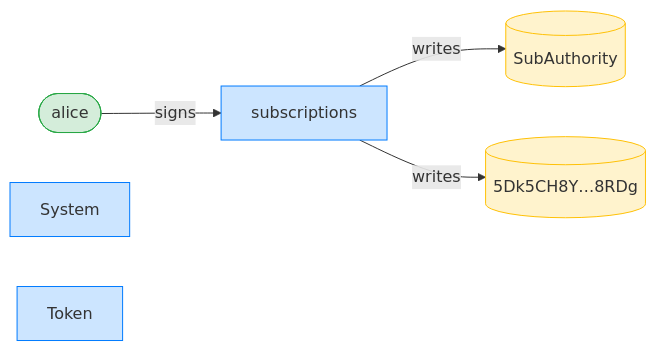
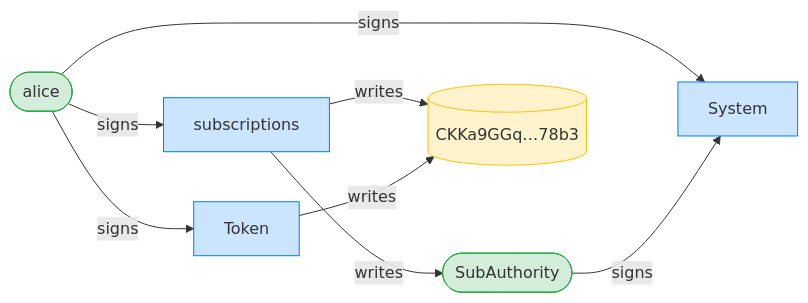
The third of 12 diagrams in dsl_tests/transfer-subscription--an-authorized-puller-pulls.md (cds-rs/subscriptions), drawn with Mermaid before and after one commit. The commit also changed other lines of this file and 224 other files, not shown here.

````diff
--- a/dsl_tests/transfer-subscription--an-authorized-puller-pulls.md
+++ b/dsl_tests/transfer-subscription--an-authorized-puller-pulls.md
@@ -55,15 +56,19 @@
 ```mermaid
 flowchart LR
     classDef signer fill:#d4edda,stroke:#28a745;
     classDef program fill:#cce5ff,stroke:#007bff;
     classDef writable fill:#fff3cd,stroke:#ffc107;
     subscriptions[subscriptions]:::program
     alice([alice]):::signer
-    SubAuthority[(SubAuthority)]:::writable
-    5Dk5CH8Y_8RDg[("5Dk5CH8Y…8RDg")]:::writable
+    SubAuthority([SubAuthority]):::signer
+    CKKa9GGq_78b3[("CKKa9GGq…78b3")]:::writable
     System[System]:::program
     Token[Token]:::program
     alice -->|signs| subscriptions
+    alice -->|signs| System
+    SubAuthority -->|signs| System
+    alice -->|signs| Token
     subscriptions -->|writes| SubAuthority
-    subscriptions -->|writes| 5Dk5CH8Y_8RDg
+    subscriptions -->|writes| CKKa9GGq_78b3
+    Token -->|writes| CKKa9GGq_78b3
 ```
````
